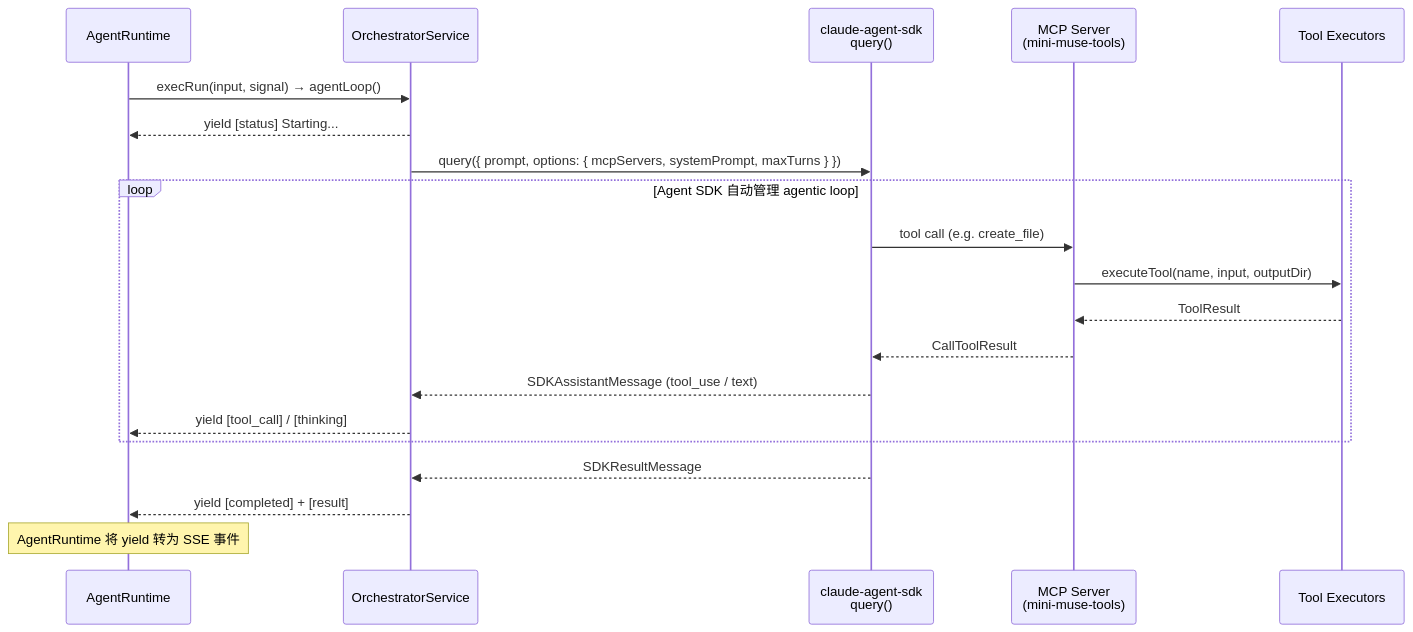
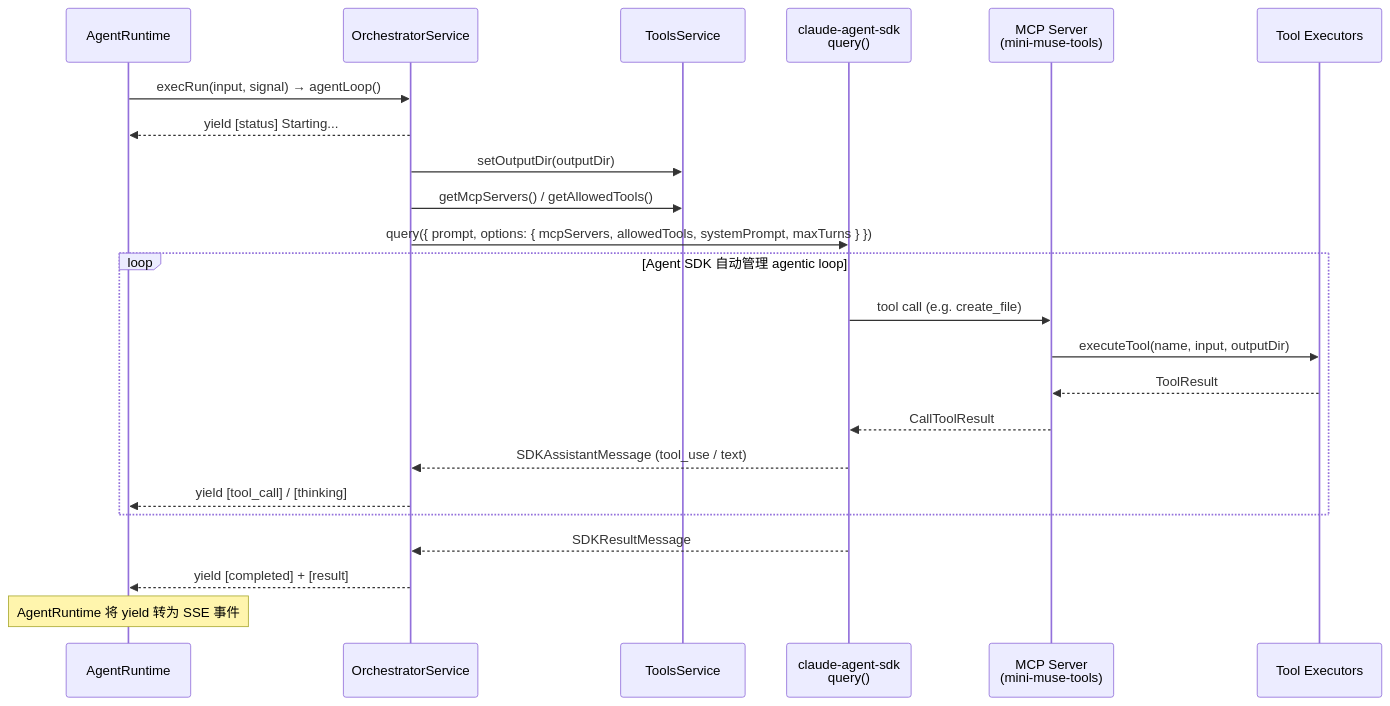
One commit to eggjs/agent-examples changed the second of 3 diagrams in mini-muse/docs/design.md. Above: the diagram before and after it, drawn with Mermaid. The commit also changed other lines of this file and 4 other files, not shown here.

First line of the commit message:
refactor: migrate tool definitions to @SingletonProto ToolsService with DI

````diff
--- a/mini-muse/docs/design.md
+++ b/mini-muse/docs/design.md
@@ -152,26 +154,29 @@
 ```mermaid
 sequenceDiagram
     participant C as AgentRuntime
     participant O as OrchestratorService
+    participant TS as ToolsService
     participant SDK as claude-agent-sdk<br/>query()
     participant MCP as MCP Server<br/>(mini-muse-tools)
     participant T as Tool Executors
 
     C->>O: execRun(input, signal) → agentLoop()
     O-->>C: yield [status] Starting...
-    O->>SDK: query({ prompt, options: { mcpServers, systemPrompt, maxTurns } })
+    O->>TS: setOutputDir(outputDir)
+    O->>TS: getMcpServers() / getAllowedTools()
+    O->>SDK: query({ prompt, options: { mcpServers, allowedTools, systemPrompt, maxTurns } })
 
     loop Agent SDK 自动管理 agentic loop
         SDK->>MCP: tool call (e.g. create_file)
         MCP->>T: executeTool(name, input, outputDir)
         T-->>MCP: ToolResult
         MCP-->>SDK: CallToolResult
         SDK-->>O: SDKAssistantMessage (tool_use / text)
         O-->>C: yield [tool_call] / [thinking]
     end
 
     SDK-->>O: SDKResultMessage
     O-->>C: yield [completed] + [result]
 
     Note over C: AgentRuntime 将 yield 转为 SSE 事件
 ```
````
